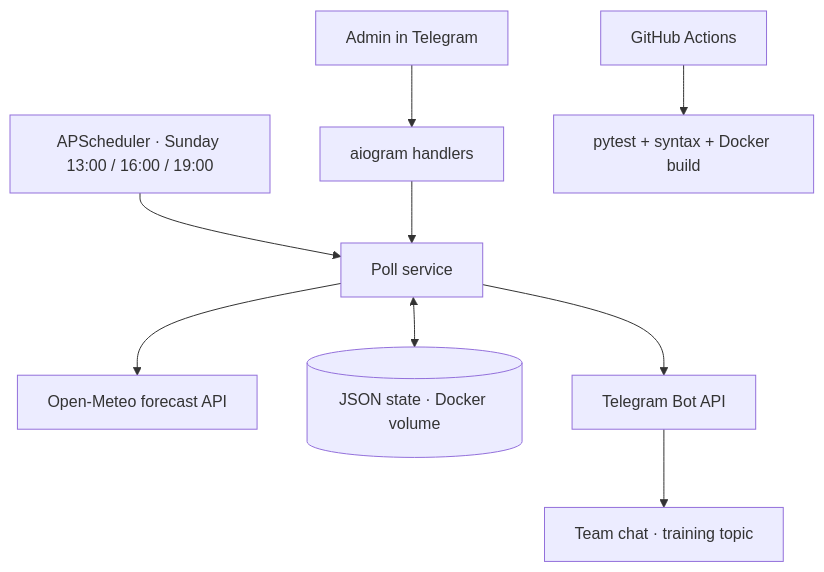
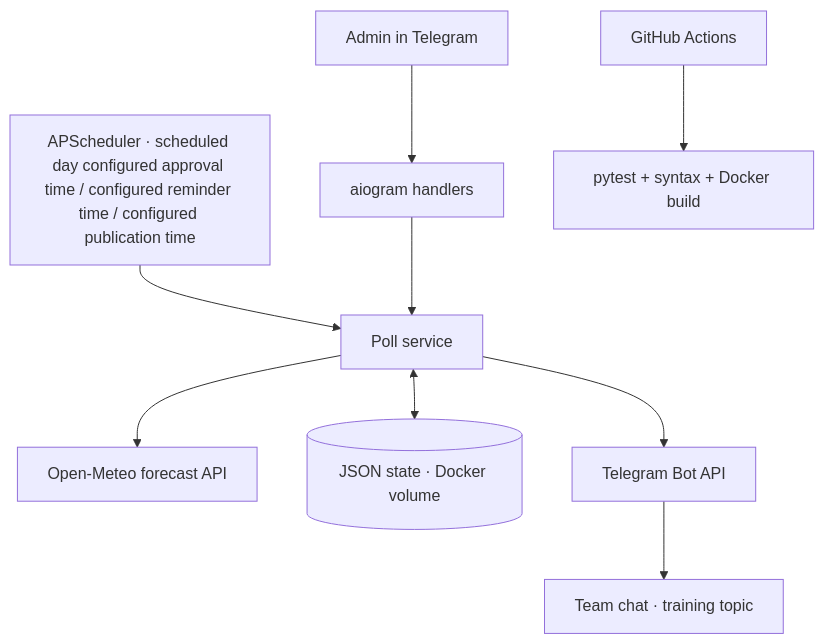
Before and after one commit to cherninilyaigorevich-ui/weekly-poll-bot: the first of 2 diagrams in README.md, drawn with Mermaid. The commit also changed other lines of this file, not shown here.

````diff
--- a/README.md
+++ b/README.md
@@ -28,11 +27,11 @@
 ```mermaid
 flowchart TD
     A["Admin in Telegram"] --> B["aiogram handlers"]
-    S["APScheduler · Sunday 13:00 / 16:00 / 19:00"] --> P["Poll service"]
+    S["APScheduler · scheduled day configured approval time / configured reminder time / configured publication time"] --> P["Poll service"]
     B --> P
     P --> W["Open-Meteo forecast API"]
     P <--> D[("JSON state · Docker volume")]
     P --> T["Telegram Bot API"]
     T --> G["Team chat · training topic"]
     C["GitHub Actions"] --> Q["pytest + syntax + Docker build"]
 ```
````
